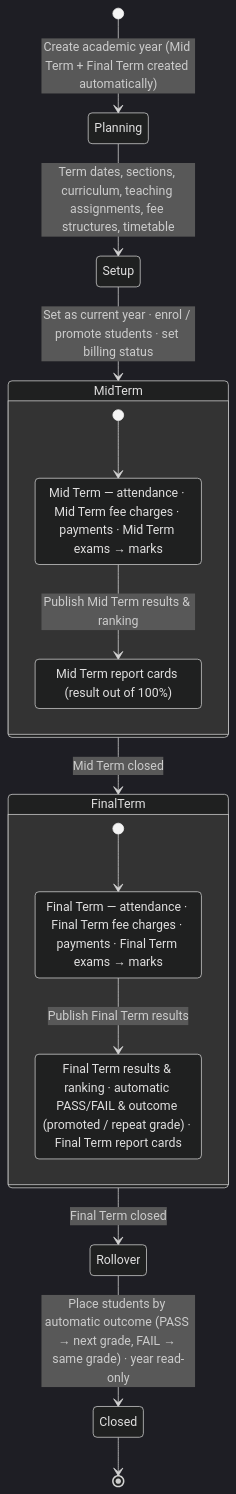
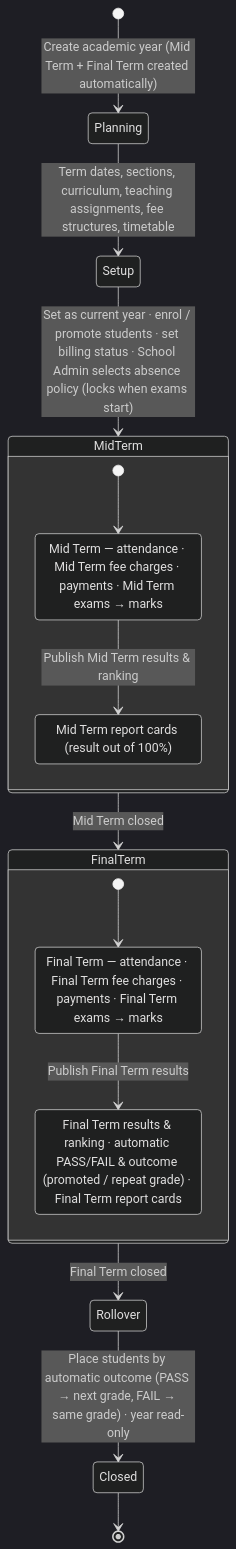
Before and after one commit to ismacil87/Gol-khatumo: the second of 2 diagrams in docs/phase-1/05-modules.md, drawn with Mermaid (dark theme). The commit also changed 7 other files, not shown here.

First line of the commit message:
docs: confirm examination absence policy lock (C-07)

````diff
--- a/docs/phase-1/05-modules.md
+++ b/docs/phase-1/05-modules.md
@@ -87,22 +87,22 @@
 ```mermaid
 stateDiagram-v2
   [*] --> Planning: Create academic year (Mid Term + Final Term created automatically)
   Planning --> Setup: Term dates, sections, curriculum, teaching assignments, fee structures, timetable
-  Setup --> MidTerm: Set as current year · enrol / promote students · set billing status
+  Setup --> MidTerm: Set as current year · enrol / promote students · set billing status · School Admin selects absence policy (locks when exams start)
   state MidTerm {
     [*] --> MT_Run
     MT_Run: Mid Term — attendance · Mid Term fee charges · payments · Mid Term exams → marks
     MT_Run --> MT_Pub: Publish Mid Term results & ranking
     MT_Pub: Mid Term report cards (result out of 100%)
   }
   MidTerm --> FinalTerm: Mid Term closed
   state FinalTerm {
     [*] --> FT_Run
     FT_Run: Final Term — attendance · Final Term fee charges · payments · Final Term exams → marks
     FT_Run --> FT_Pub: Publish Final Term results
     FT_Pub: Final Term results & ranking · automatic PASS/FAIL & outcome (promoted / repeat grade) · Final Term report cards
   }
   FinalTerm --> Rollover: Final Term closed
   Rollover --> Closed: Place students by automatic outcome (PASS → next grade, FAIL → same grade) · year read-only
   Closed --> [*]
 ```
````
